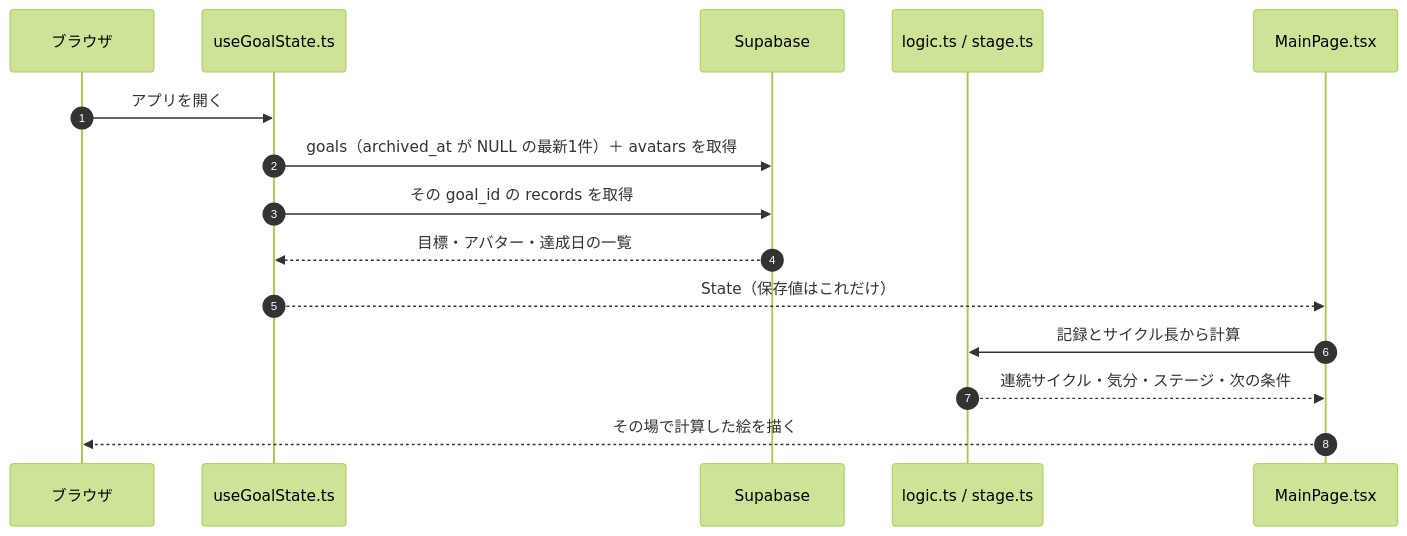
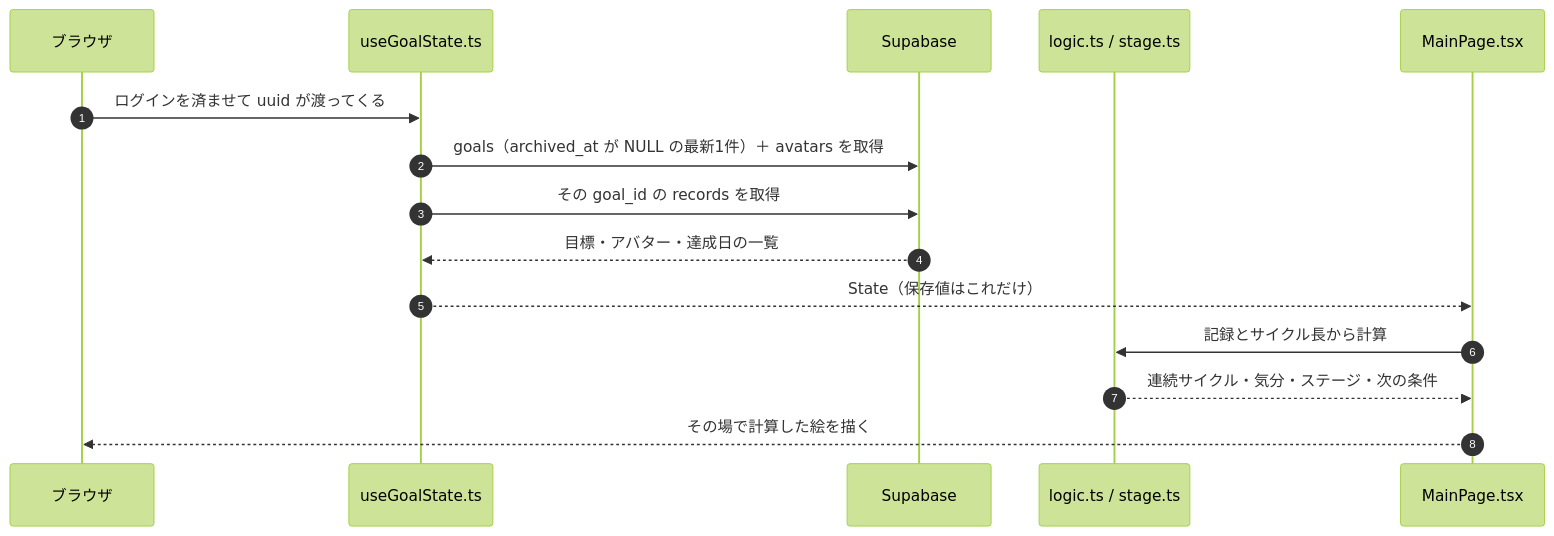
One commit to kuramochi703/keep-motivation-app changed the fifth of 6 diagrams in ARCHITECTURE.md. Above: the diagram before and after it, drawn with Mermaid (forest theme). The commit also changed other lines of this file and 3 other files, not shown here.

````diff
--- a/ARCHITECTURE.md
+++ b/ARCHITECTURE.md
@@ -230,18 +243,18 @@
 ```mermaid
 sequenceDiagram
     autonumber
     participant B as ブラウザ
     participant G as useGoalState.ts
     participant S as Supabase
     participant L as logic.ts / stage.ts
     participant M as MainPage.tsx
 
-    B->>G: アプリを開く
+    B->>G: ログインを済ませて uuid が渡ってくる
     G->>S: goals（archived_at が NULL の最新1件）＋ avatars を取得
     G->>S: その goal_id の records を取得
     S-->>G: 目標・アバター・達成日の一覧
     G-->>M: State（保存値はこれだけ）
     M->>L: 記録とサイクル長から計算
     L-->>M: 連続サイクル・気分・ステージ・次の条件
     M-->>B: その場で計算した絵を描く
 ```
````
